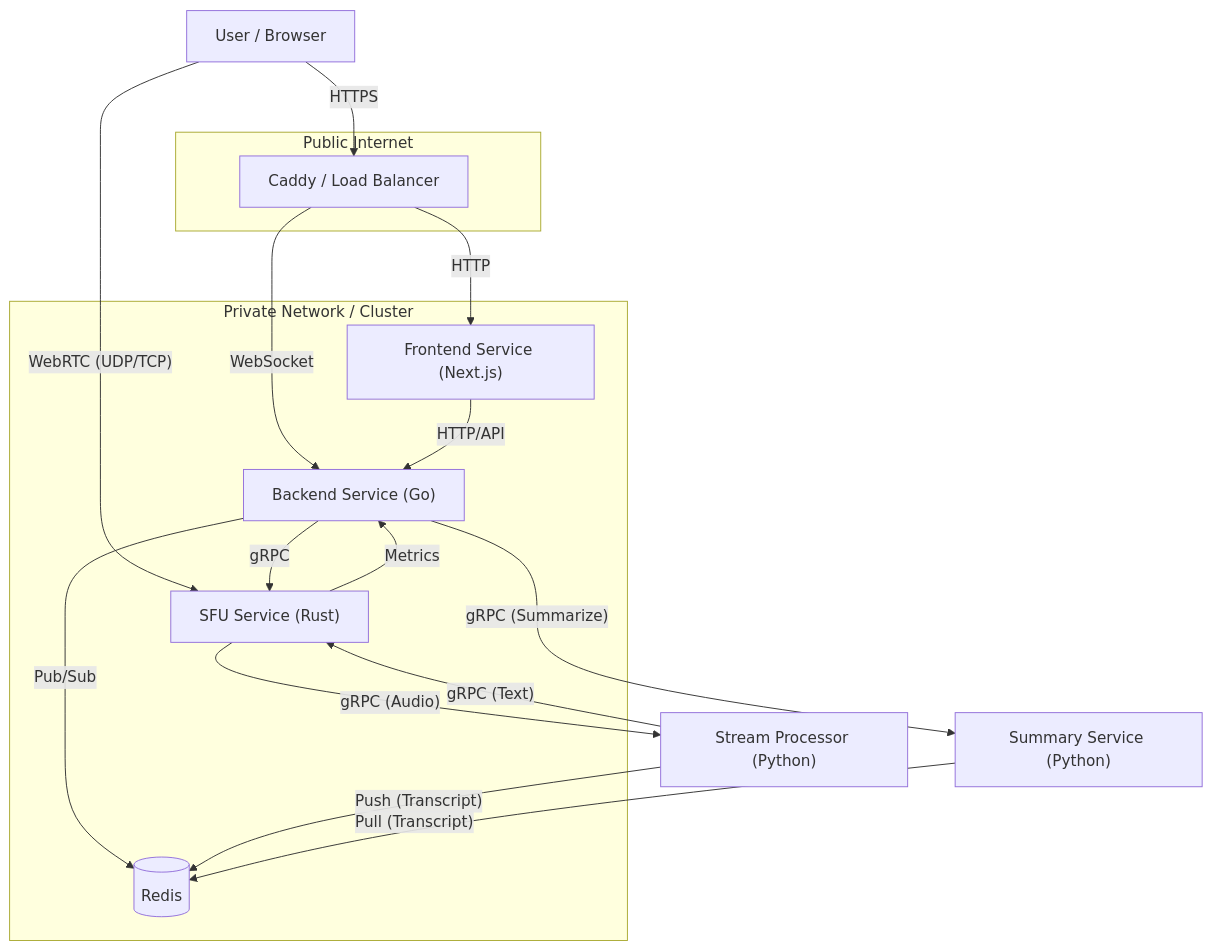
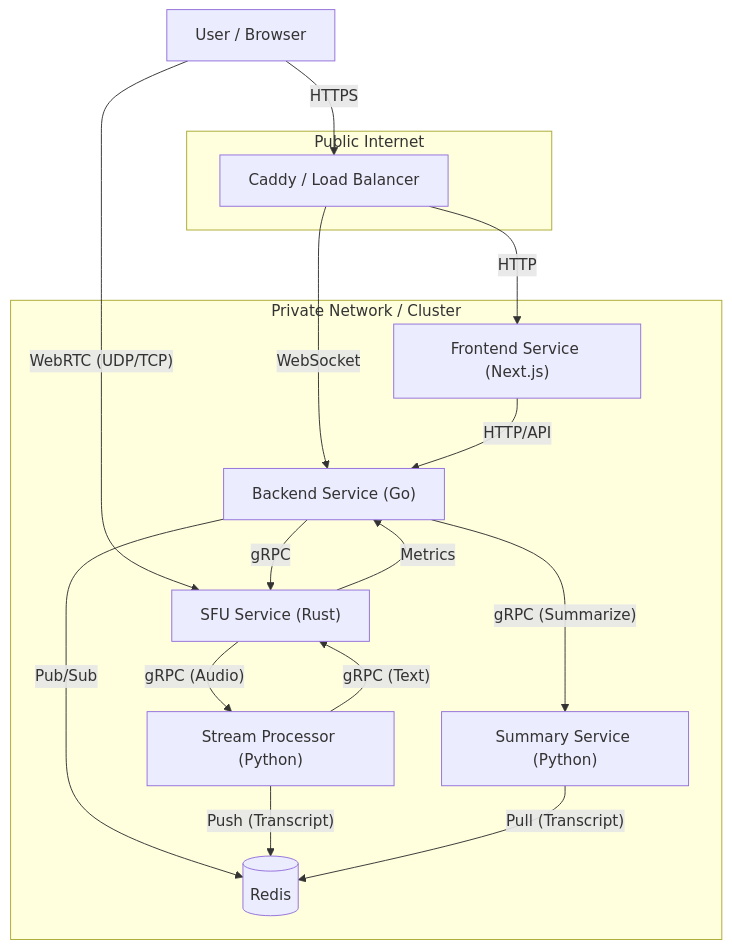
Before and after one commit to RoseWrightdev/Video-Conferencing: the diagram in README.md, drawn with Mermaid.

Commit message:
docs: Add Stream Processor and Summary Service to the architecture diagram in README.md.

````diff
--- a/README.md
+++ b/README.md
@@ -15,30 +15,32 @@
 ```mermaid
 graph TD
     User["User / Browser"]
     
     subgraph "Public Internet"
         LB["Caddy / Load Balancer"]
     end
     
     subgraph "Private Network / Cluster"
         FE["Frontend Service (Next.js)"]
         BE["Backend Service (Go)"]
         Redis[("Redis")]
         SFU["SFU Service (Rust)"]
+        CC["Stream Processor (Python)"]
+        Sum["Summary Service (Python)"]
     end
 
     User -- HTTPS --> LB
     LB -- HTTP --> FE
     LB -- WebSocket --> BE
     User -- WebRTC (UDP/TCP) --> SFU
     
     FE -- HTTP/API --> BE
     BE -- gRPC --> SFU
     BE -- Pub/Sub --> Redis
     SFU -- Metrics --> BE
-    SFU -- gRPC (Audio) --> CC["Stream Processor (Python)"]
+    SFU -- gRPC (Audio) --> CC
     CC -- gRPC (Text) --> SFU
     CC -- Push (Transcript) --> Redis
-    BE -- gRPC (Summarize) --> Sum["Summary Service (Python)"]
+    BE -- gRPC (Summarize) --> Sum
     Sum -- Pull (Transcript) --> Redis
 ```
````
